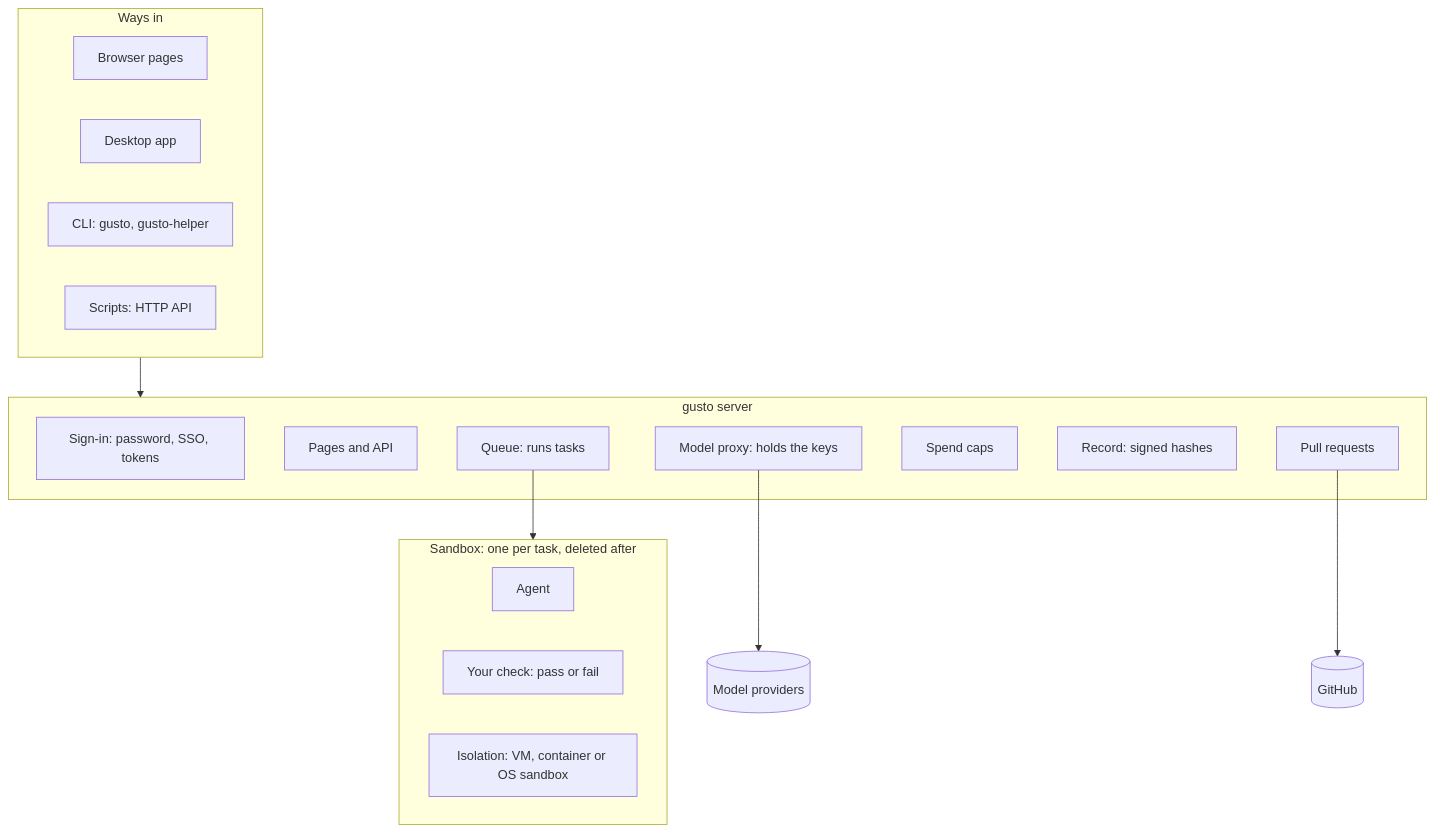
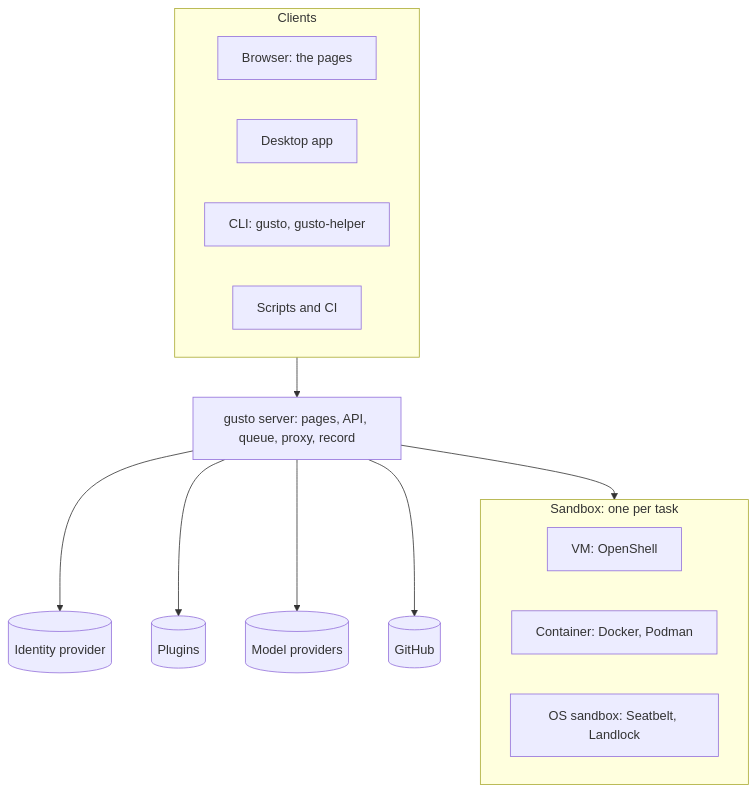
The second of 5 diagrams in docs/ARCHITECTURE.md (getlatentic/gusto), drawn with Mermaid before and after one commit. The commit also changed other lines of this file, not shown here.

Commit message:
docs: the component view, around the server and inside it

````diff
--- a/docs/ARCHITECTURE.md
+++ b/docs/ARCHITECTURE.md
@@ -32,29 +34,25 @@
 ```mermaid
 flowchart TB
-  subgraph ways["Ways in"]
-    B[Browser pages]
+  subgraph clients["Clients"]
+    B[Browser: the pages]
     D[Desktop app]
     C[CLI: gusto, gusto-helper]
-    S[Scripts: HTTP API]
+    S[Scripts and CI]
   end
-  subgraph server["gusto server"]
-    A[Sign-in: password, SSO, tokens]
-    P[Pages and API]
-    Q[Queue: runs tasks]
-    X[Model proxy: holds the keys]
-    L[Spend caps]
-    R[Record: signed hashes]
-    H[Pull requests]
+  SV[gusto server: pages, API, queue, proxy, record]
+  subgraph box["Sandbox: one per task"]
+    VM[VM: OpenShell]
+    CT[Container: Docker, Podman]
+    OS[OS sandbox: Seatbelt, Landlock]
   end
-  subgraph box["Sandbox: one per task, deleted after"]
-    G[Agent]
-    K[Your check: pass or fail]
-    I[Isolation: VM, container or OS sandbox]
-  end
+  ID[(Identity provider)]
+  PL[(Plugins)]
   M[(Model providers)]
   GH[(GitHub)]
-  ways --> server
-  Q --> box
-  X --> M
-  H --> GH
+  clients --> SV
+  SV --> box
+  SV --> ID
+  SV --> PL
+  SV --> M
+  SV --> GH
 ```
````
